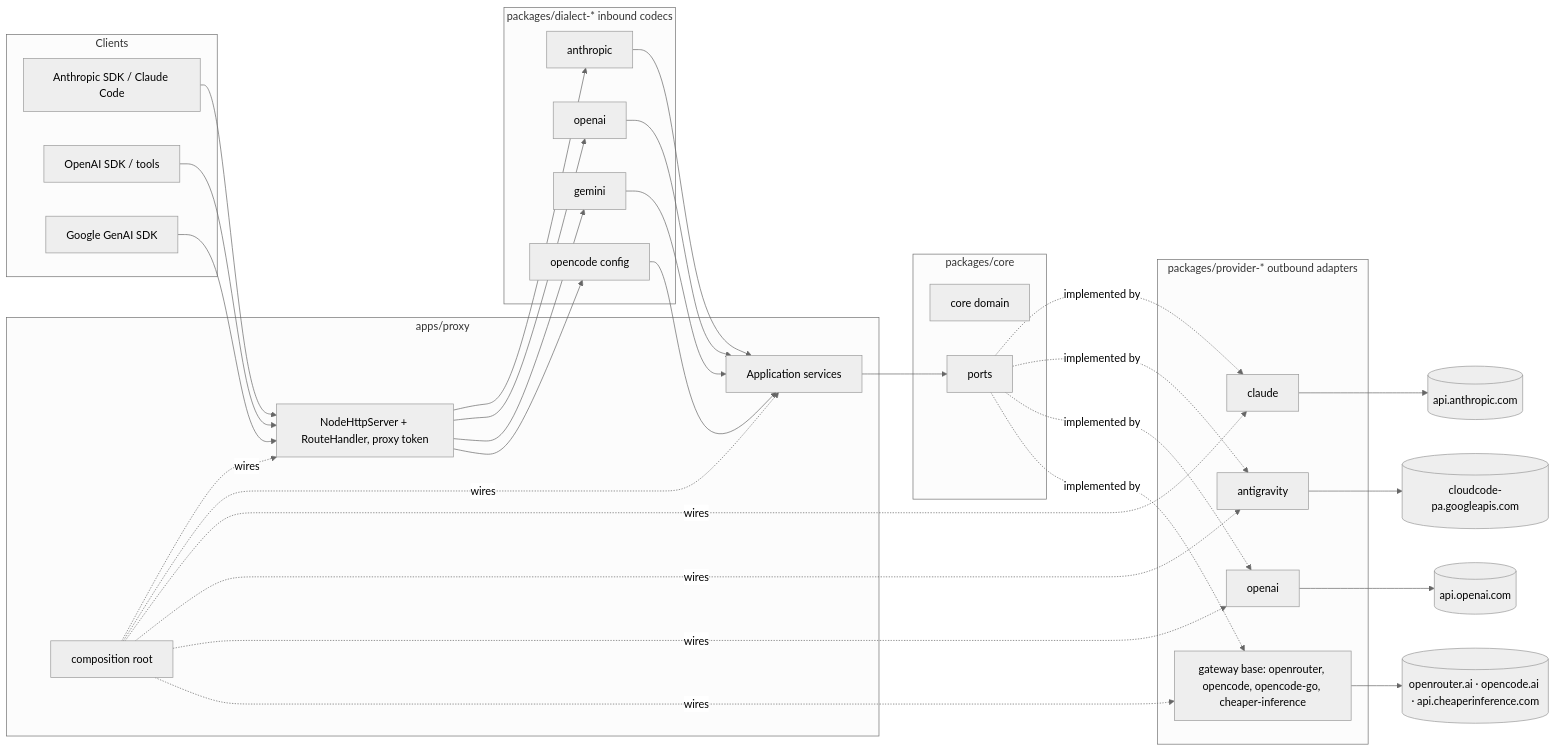
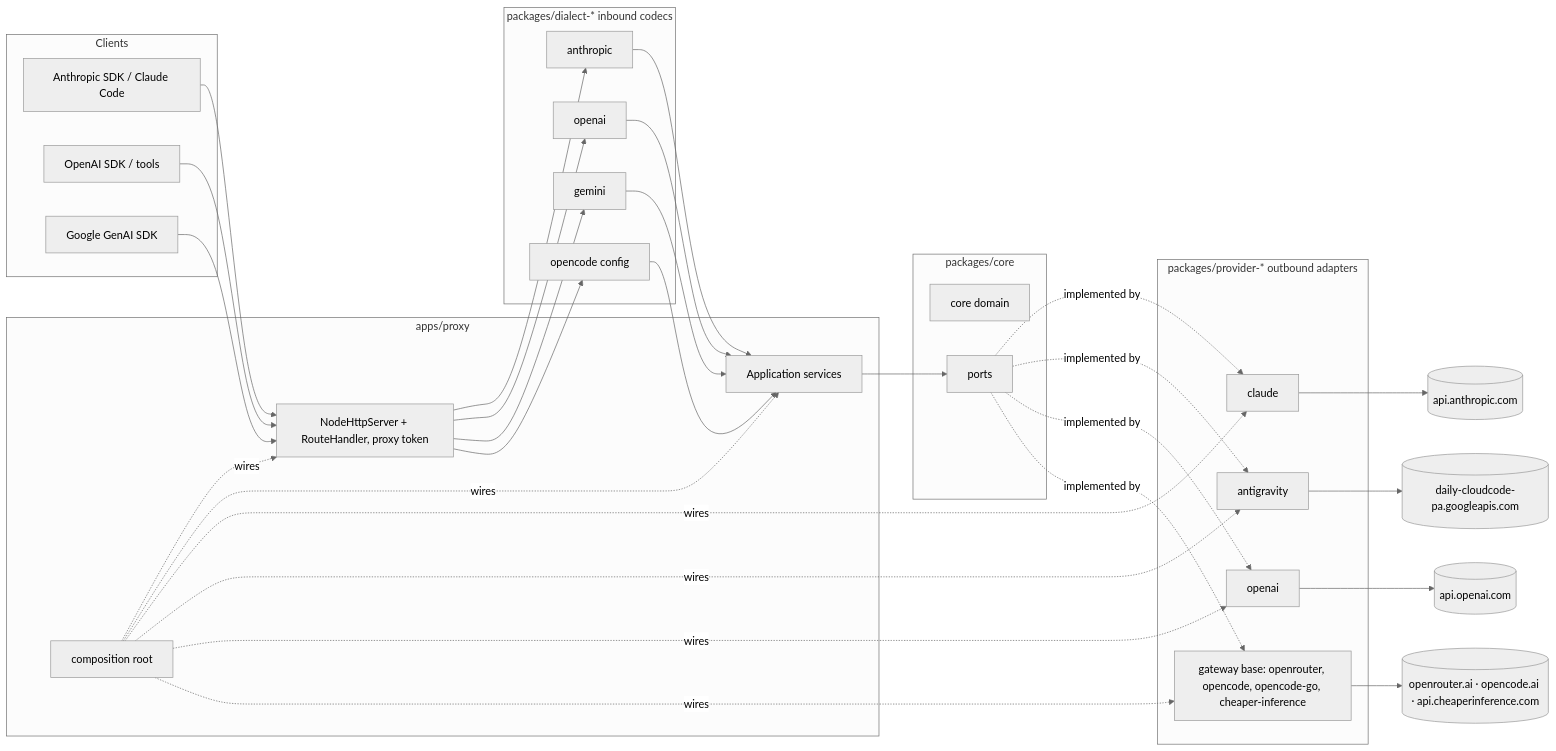
One commit to mavasbel-devtools/accounts-proxy changed the diagram in README.md. Above: the diagram before and after it, drawn with Mermaid (neutral theme). The commit also changed other lines of this file and 16 other files, not shown here.

````diff
--- a/README.md
+++ b/README.md
@@ -192,40 +80,40 @@
 ```mermaid
 flowchart LR
   subgraph Clients
     A[Anthropic SDK / Claude Code]
     O[OpenAI SDK / tools]
     G[Google GenAI SDK]
   end
   subgraph apps/proxy
     H[NodeHttpServer + RouteHandler, proxy token]
     S[Application services]
     C[composition root]
   end
   subgraph dialects[packages/dialect-*  inbound codecs]
     DA[anthropic]
     DO[openai]
     DG[gemini]
     DC[opencode config]
   end
   subgraph core[packages/core]
     D[core domain]
     P[ports]
   end
   subgraph providers[packages/provider-*  outbound adapters]
     PC[claude]
     PA[antigravity]
     PO[openai]
     PG[gateway base: openrouter, opencode, opencode-go, cheaper-inference]
   end
   A --> H
   O --> H
   G --> H
   H --> DA & DO & DG & DC --> S
   S --> P
   P -.implemented by.-> PC & PA & PO & PG
   PC --> X[(api.anthropic.com)]
-  PA --> Y[(cloudcode-pa.googleapis.com)]
+  PA --> Y[(daily-cloudcode-pa.googleapis.com)]
   PO --> Z[(api.openai.com)]
   PG --> W[(openrouter.ai · opencode.ai · api.cheaperinference.com)]
   C -.wires.-> H & S & PC & PA & PO & PG
 ```
````
